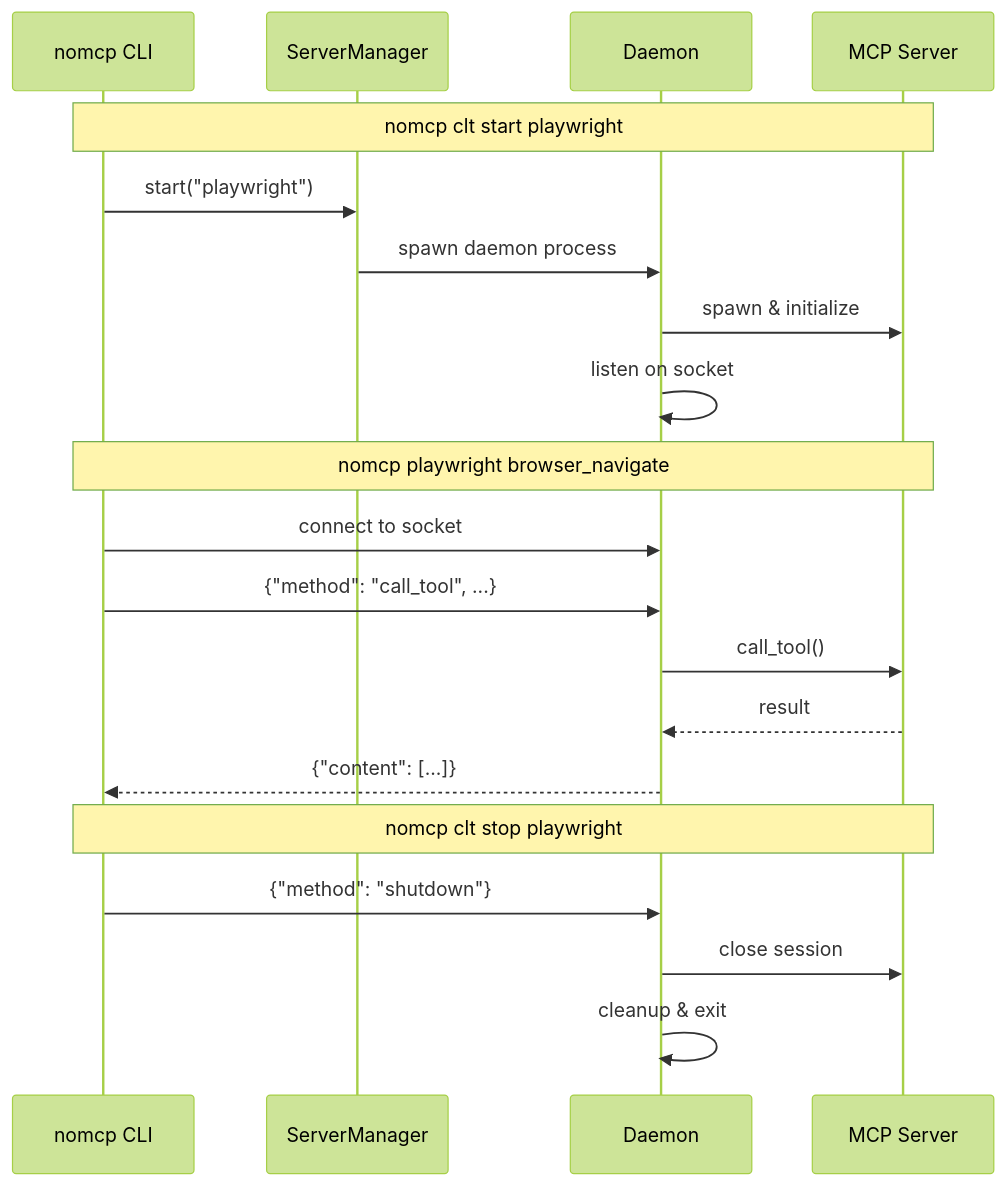
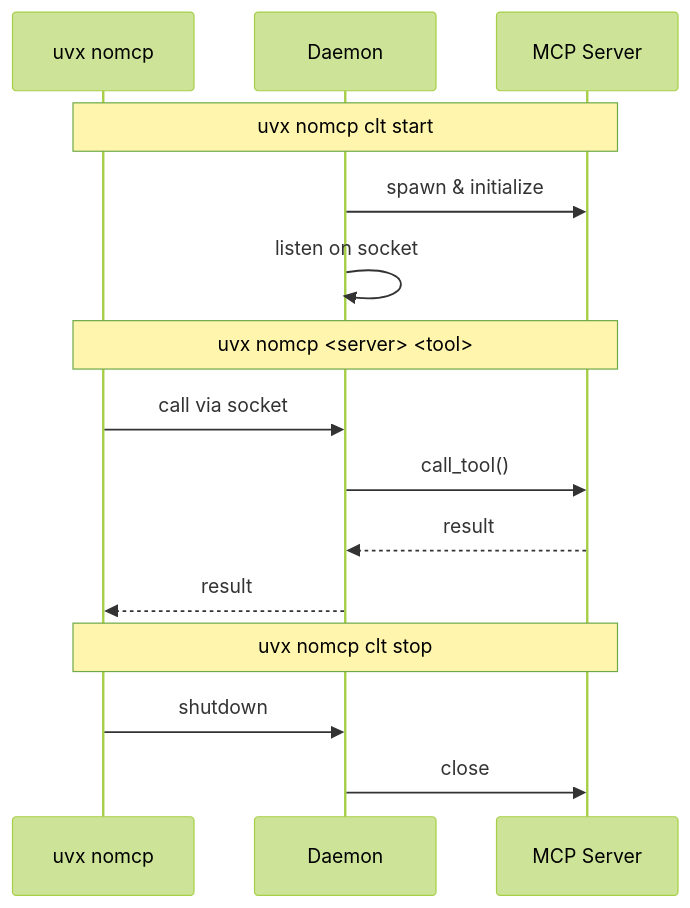
The second of 2 diagrams in README.md (Am1n3e/unmcp), drawn with Mermaid (forest theme) before and after one commit. The commit also changed other lines of this file and 1 other file, not shown here.

````diff
--- a/README.md
+++ b/README.md
@@ -84,25 +90,20 @@
 ```mermaid
 sequenceDiagram
-    participant CLI as nomcp CLI
-    participant SM as ServerManager
+    participant CLI as uvx nomcp
     participant D as Daemon
     participant MCP as MCP Server
 
-    Note over CLI,MCP: nomcp clt start playwright
-    CLI->>SM: start("playwright")
-    SM->>D: spawn daemon process
+    Note over CLI,MCP: uvx nomcp clt start
     D->>MCP: spawn & initialize
     D->>D: listen on socket
 
-    Note over CLI,MCP: nomcp playwright browser_navigate
-    CLI->>D: connect to socket
-    CLI->>D: {"method": "call_tool", ...}
+    Note over CLI,MCP: uvx nomcp <server> <tool>
+    CLI->>D: call via socket
     D->>MCP: call_tool()
     MCP-->>D: result
-    D-->>CLI: {"content": [...]}
+    D-->>CLI: result
 
-    Note over CLI,MCP: nomcp clt stop playwright
-    CLI->>D: {"method": "shutdown"}
-    D->>MCP: close session
-    D->>D: cleanup & exit
+    Note over CLI,MCP: uvx nomcp clt stop
+    CLI->>D: shutdown
+    D->>MCP: close
 ```
````
